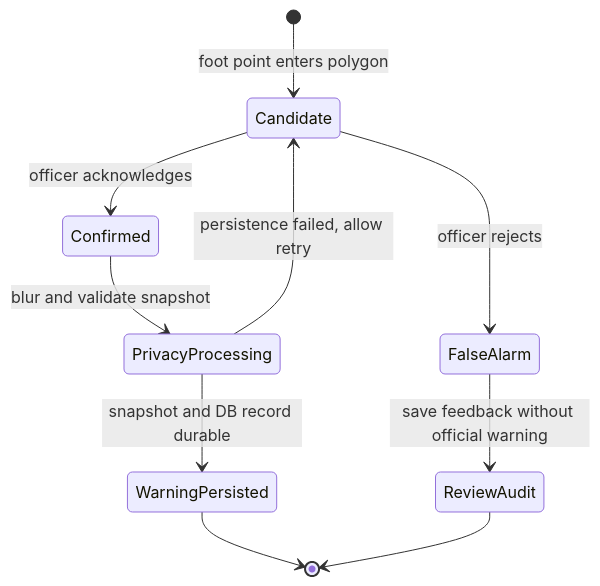
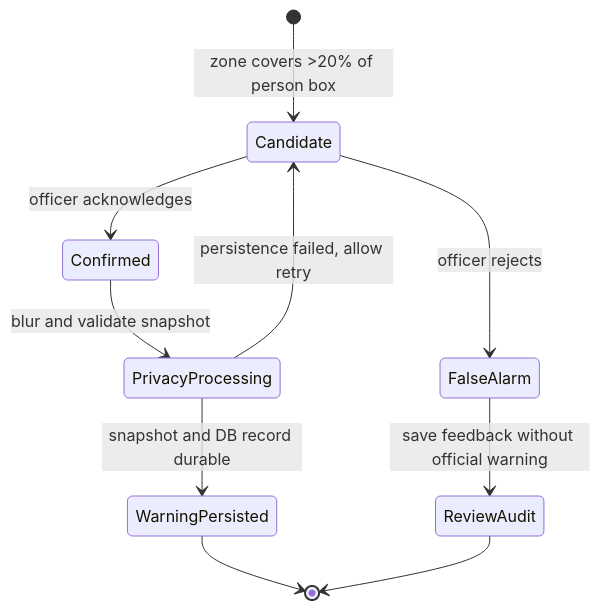
One commit to NguyenNhat4/Sentiel-safety-intelligent changed the second of 2 diagrams in backend/README.md. Above: the diagram before and after it, drawn with Mermaid. The commit also changed other lines of this file and 10 other files, not shown here.

````diff
--- a/backend/README.md
+++ b/backend/README.md
@@ -334,12 +335,12 @@
 ```mermaid
 stateDiagram-v2
-    [*] --> Candidate: foot point enters polygon
+    [*] --> Candidate: zone covers >20% of person box
     Candidate --> Confirmed: officer acknowledges
     Candidate --> FalseAlarm: officer rejects
     Confirmed --> PrivacyProcessing: blur and validate snapshot
     PrivacyProcessing --> WarningPersisted: snapshot and DB record durable
     PrivacyProcessing --> Candidate: persistence failed, allow retry
     FalseAlarm --> ReviewAudit: save feedback without official warning
     WarningPersisted --> [*]
     ReviewAudit --> [*]
 ```
````
